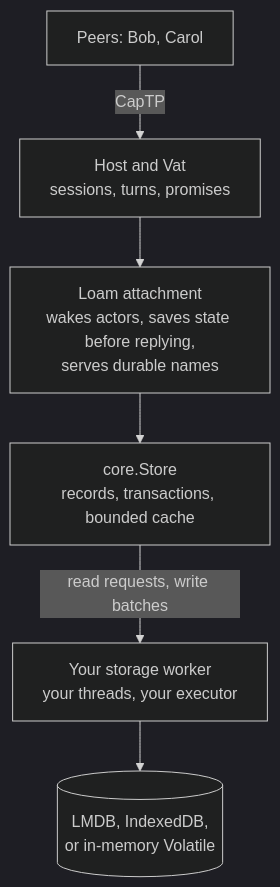
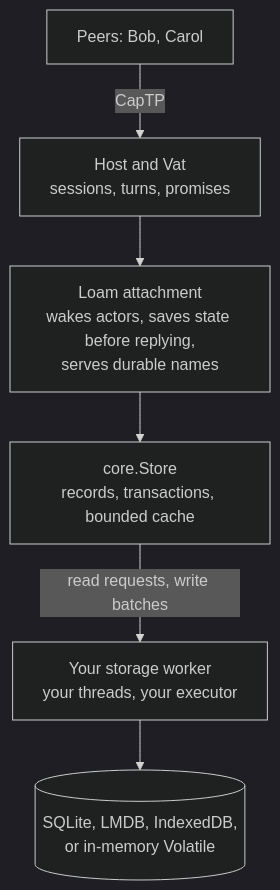
One commit to glowcap-org/glowcap changed the first of 2 diagrams in docs/loam.md. Above: the diagram before and after it, drawn with Mermaid (dark theme). The commit also changed other lines of this file and 2261 other files, not shown here.

Commit message:
Add SQLite storage and borrowed call-path views

````diff
--- a/docs/loam.md
+++ b/docs/loam.md
@@ -28,8 +38,8 @@
 ```mermaid
 flowchart TB
-    Peers["Peers: Bob, Carol"] -- CapTP --> Host["Host and Vat<br/>sessions, turns, promises"]
+    Peers["Peers: Bob, Carol"] -->|CapTP| Host["Host and Vat<br/>sessions, turns, promises"]
     Host --> Attachment["Loam attachment<br/>wakes actors, saves state before replying,<br/>serves durable names"]
     Attachment --> Store["core.Store<br/>records, transactions, bounded cache"]
-    Store -- "read requests, write batches" --> Worker["Your storage worker<br/>your threads, your executor"]
-    Worker --> Backend[("LMDB, IndexedDB,<br/>or in-memory Volatile")]
+    Store -->|"read requests, write batches"| Worker["Your storage worker<br/>your threads, your executor"]
+    Worker --> Engine[("SQLite, LMDB, IndexedDB,<br/>or in-memory Volatile")]
 ```
````
